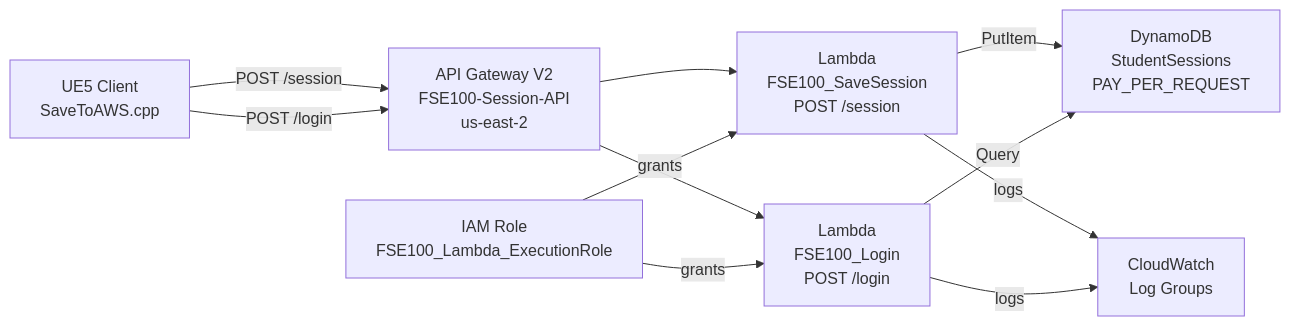
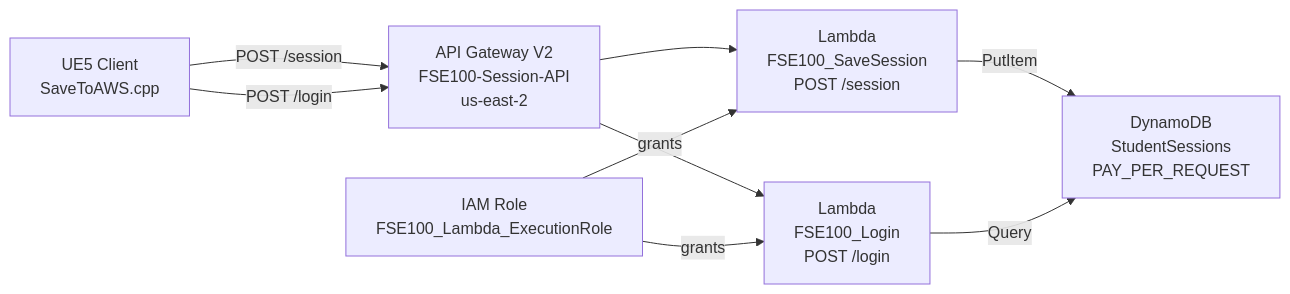
One commit to FSE100Capstone/DeVILSona-docs changed the diagram in docs/developer-guide/infrastructure-cloud.md. Above: the diagram before and after it, drawn with Mermaid. The commit also changed other lines of this file and 5 other files, not shown here.

Commit message:
Remove hallucinated references to CloudWatch

````diff
--- a/docs/developer-guide/infrastructure-cloud.md
+++ b/docs/developer-guide/infrastructure-cloud.md
@@ -20,21 +20,18 @@
 ```mermaid
 graph LR
     UE5[UE5 Client<br/>SaveToAWS.cpp]
     APIGW[API Gateway V2<br/>FSE100-Session-API<br/>us-east-2]
     LS[Lambda<br/>FSE100_SaveSession<br/>POST /session]
     LL[Lambda<br/>FSE100_Login<br/>POST /login]
     DDB[DynamoDB<br/>StudentSessions<br/>PAY_PER_REQUEST]
     IAM[IAM Role<br/>FSE100_Lambda_ExecutionRole]
-    CW[CloudWatch<br/>Log Groups]
 
     UE5 -->|POST /session| APIGW
     UE5 -->|POST /login| APIGW
     APIGW --> LS
     APIGW --> LL
     LS -->|PutItem| DDB
     LL -->|Query| DDB
     IAM -->|grants| LS
     IAM -->|grants| LL
-    LS -->|logs| CW
-    LL -->|logs| CW
 ```
````
